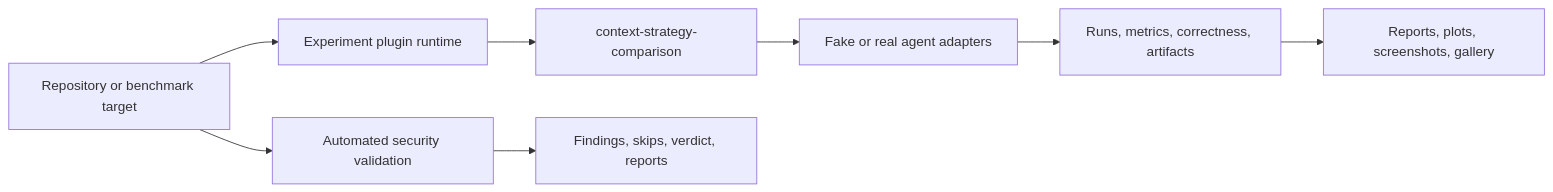
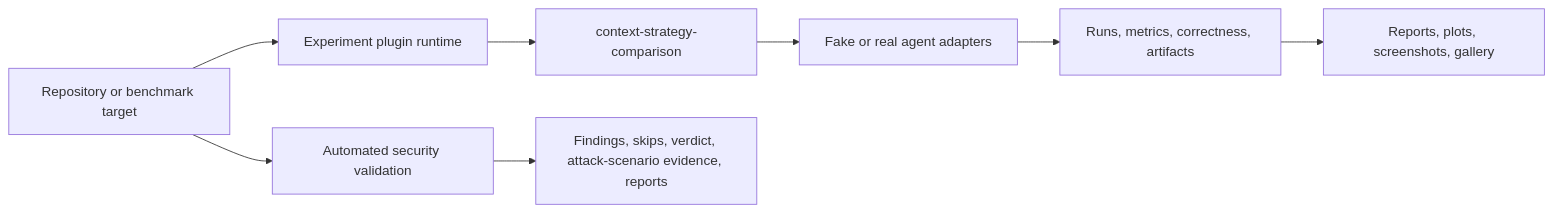
One commit to dailephd/my-dev-kit-lab changed the diagram in docs/PROJECT_OVERVIEW.md. Above: the diagram before and after it, drawn with Mermaid. The commit also changed other lines of this file and 67 other files, not shown here.

First line of the commit message:
feat: security:validate v0.2.2 config surface, attack-scenario framework, verdict/fail-on policy

````diff
--- a/docs/PROJECT_OVERVIEW.md
+++ b/docs/PROJECT_OVERVIEW.md
@@ -21,11 +21,11 @@
 ```mermaid
 flowchart LR
   Target[Repository or benchmark target] --> Experiment[Experiment plugin runtime]
   Experiment --> Plugin[context-strategy-comparison]
   Plugin --> Agents[Fake or real agent adapters]
   Agents --> Evidence[Runs, metrics, correctness, artifacts]
   Evidence --> Reports[Reports, plots, screenshots, gallery]
 
   Target --> Security[Automated security validation]
-  Security --> SecurityEvidence[Findings, skips, verdict, reports]
+  Security --> SecurityEvidence[Findings, skips, verdict, attack-scenario evidence, reports]
 ```
````
